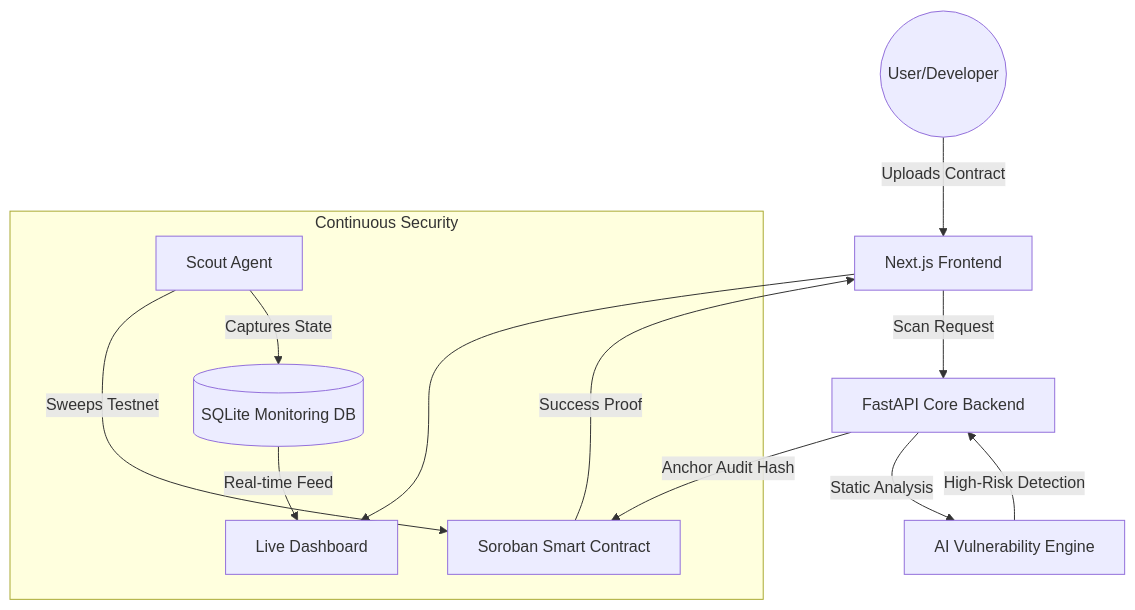
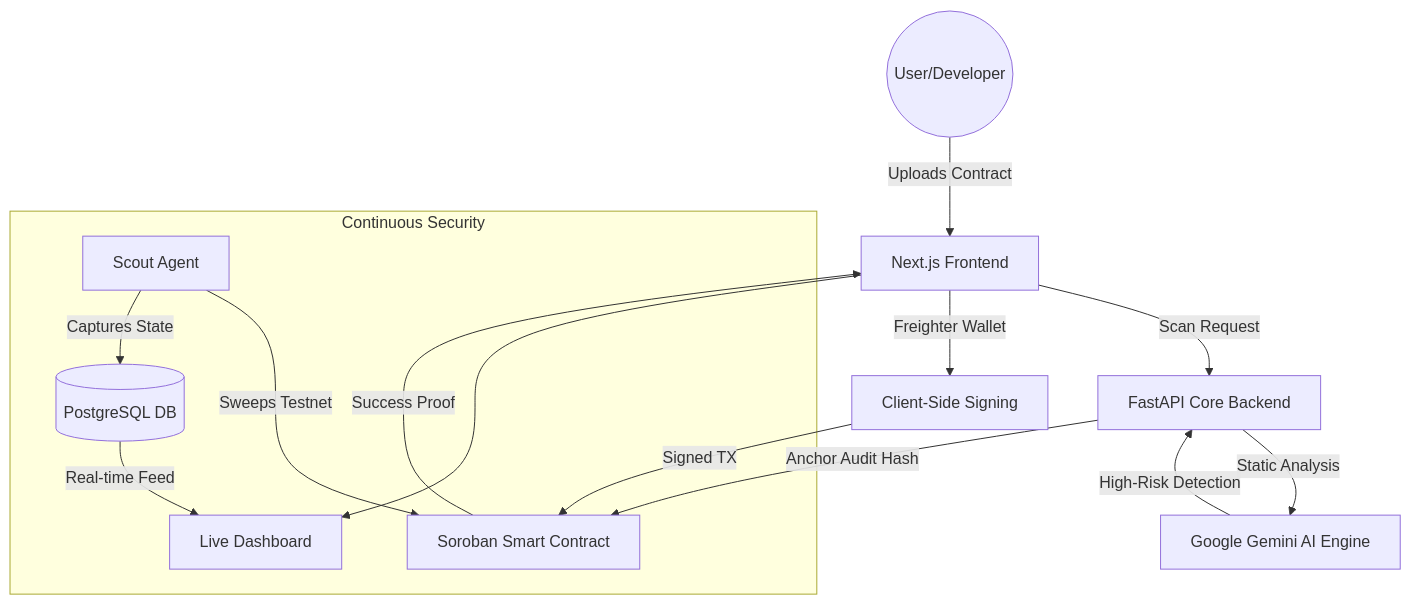
One commit to lohit-40/web3-guard-stellar changed the diagram in README.md. Above: the diagram before and after it, drawn with Mermaid. The commit also changed other lines of this file, not shown here.

````diff
--- a/README.md
+++ b/README.md
@@ -35,17 +39,19 @@
 ```mermaid
 graph TD
     User((User/Developer)) -->|Uploads Contract| FE[Next.js Frontend]
     FE -->|Scan Request| BE[FastAPI Core Backend]
-    BE -->|Static Analysis| AI[AI Vulnerability Engine]
+    BE -->|Static Analysis| AI[Google Gemini AI Engine]
     AI -->|High-Risk Detection| BE
     BE -->|Anchor Audit Hash| SC[Soroban Smart Contract]
     SC -->|Success Proof| FE
     
     subgraph "Continuous Security"
         Agent[Scout Agent] -->|Sweeps Testnet| SC
-        Agent -->|Captures State| DB[(SQLite Monitoring DB)]
+        Agent -->|Captures State| DB[(PostgreSQL DB)]
         DB -->|Real-time Feed| Dash[Live Dashboard]
     end
     
     FE --> Dash
+    FE -->|Freighter Wallet| SIGN[Client-Side Signing]
+    SIGN -->|Signed TX| SC
 ```
````
